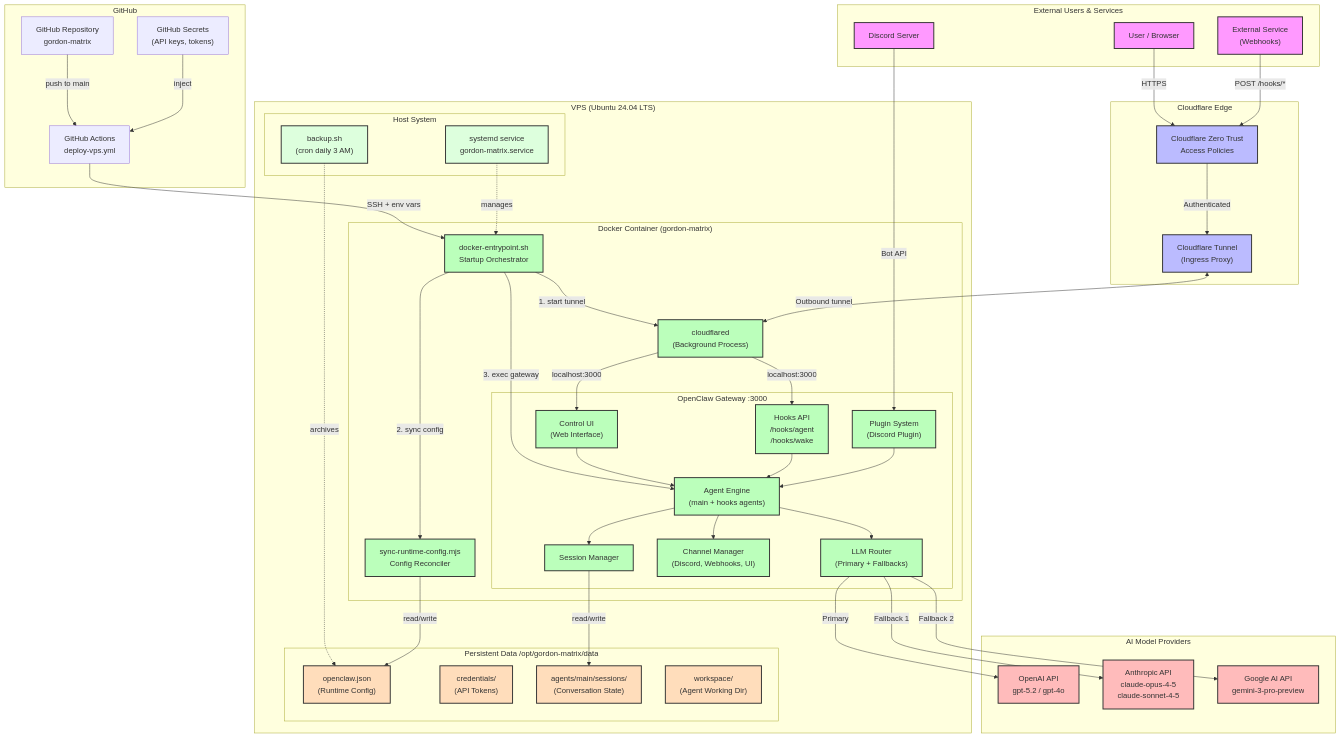
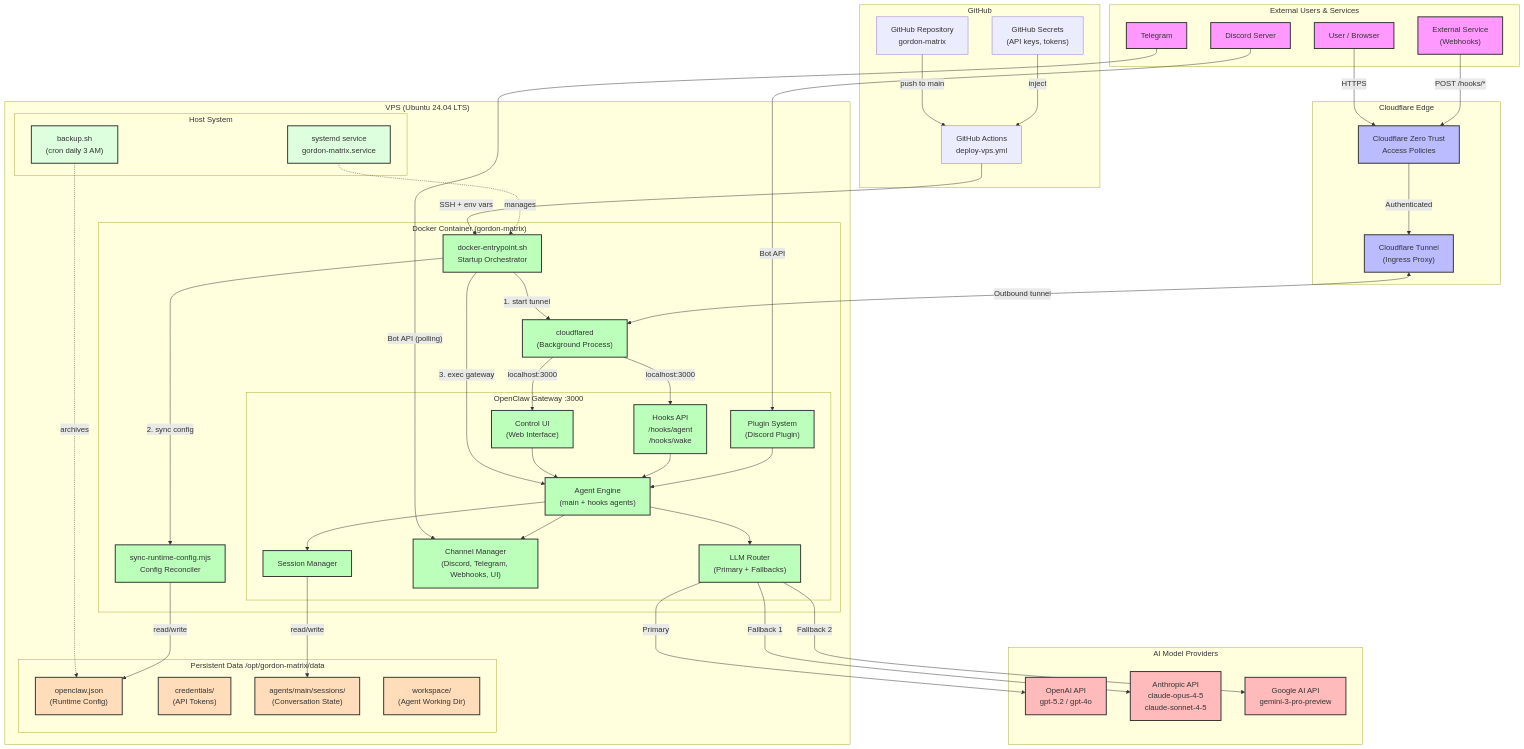
The first of 3 diagrams in docs/repository-deep-dive.md (sanchezcodes/gordon-matrix), drawn with Mermaid before and after one commit. The commit also changed other lines of this file and 2 other files, not shown here.

First line of the commit message:
Harden Telegram auto-wiring and clean up stale plugin entries

```diff
--- a/docs/repository-deep-dive.md
+++ b/docs/repository-deep-dive.md
@@ -141,6 +144,7 @@
     subgraph "External Users & Services"
         User["User / Browser"]
         Discord["Discord Server"]
+        Telegram["Telegram"]
         ExtSvc["External Service<br/>(Webhooks)"]
     end
 
@@ -169,7 +173,7 @@
             subgraph "OpenClaw Gateway :3000"
                 AgentEngine["Agent Engine<br/>(main + hooks agents)"]
                 LLMRouter["LLM Router<br/>(Primary + Fallbacks)"]
-                ChannelMgr["Channel Manager<br/>(Discord, Webhooks, UI)"]
+                ChannelMgr["Channel Manager<br/>(Discord, Telegram, Webhooks, UI)"]
                 SessionMgr["Session Manager"]
                 PluginSys["Plugin System<br/>(Discord Plugin)"]
                 ControlUI["Control UI<br/>(Web Interface)"]
@@ -210,6 +214,7 @@
     User -->|"HTTPS"| CFAccess
     ExtSvc -->|"POST /hooks/*"| CFAccess
     Discord -->|"Bot API"| PluginSys
+    Telegram -->|"Bot API (polling)"| ChannelMgr
     CFAccess -->|"Authenticated"| CFTunnel
     CFTunnel <-->|"Outbound tunnel"| CloudflaredBg
     CloudflaredBg -->|"localhost:3000"| ControlUI
@@ -235,7 +240,7 @@
     classDef ai fill:#fbb,stroke:#333,stroke-width:2px
     classDef host fill:#dfd,stroke:#333,stroke-width:2px
 
-    class User,Discord,ExtSvc external
+    class User,Discord,Telegram,ExtSvc external
     class CFAccess,CFTunnel cloud
     class Entrypoint,CloudflaredBg,SyncScript,AgentEngine,LLMRouter,ChannelMgr,SessionMgr,PluginSys,ControlUI,HooksAPI infra
     class Config,Creds,Sessions,Workspace storage
```
